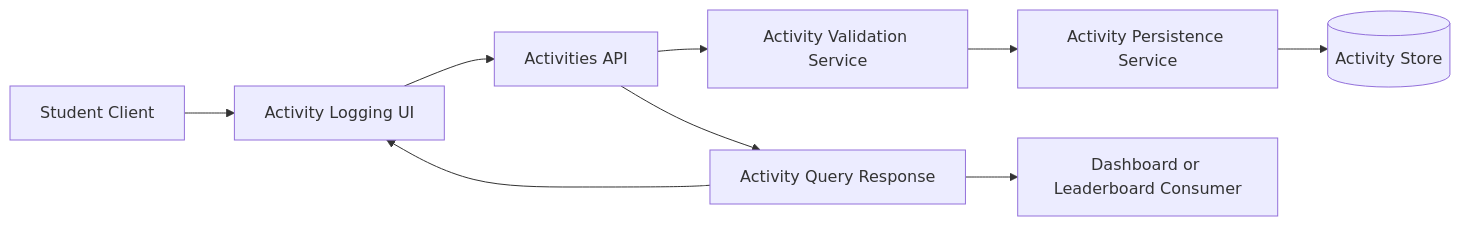
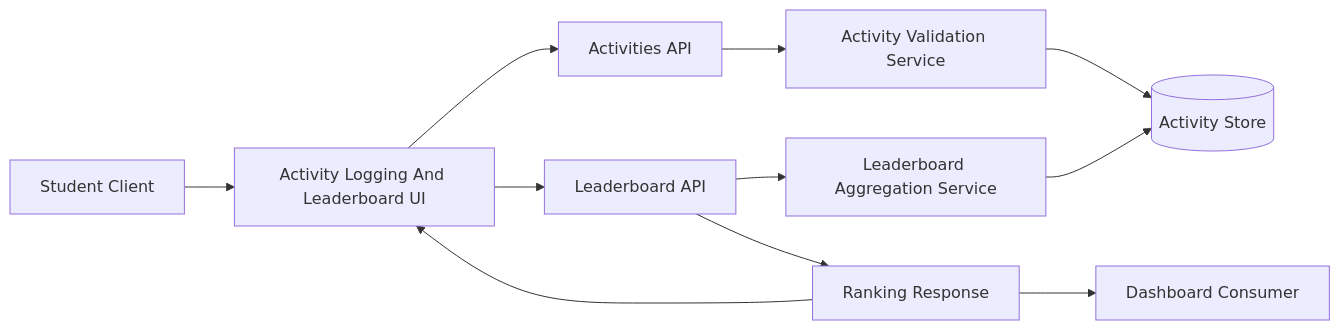
The diagram in artifact/architecture.md (chavanlaxman/OCTOFIT), drawn with Mermaid before and after one commit. The commit also changed other lines of this file and 9 other files, not shown here.

````diff
--- a/artifact/architecture.md
+++ b/artifact/architecture.md
@@ -26,11 +26,13 @@
 ```mermaid
 flowchart LR
-    A[Student Client] --> B[Activity Logging UI]
+    A[Student Client] --> B[Activity Logging And Leaderboard UI]
     B --> C[Activities API]
-    C --> D[Activity Validation Service]
-    D --> E[Activity Persistence Service]
+    B --> D[Leaderboard API]
+    C --> E[Activity Validation Service]
     E --> F[(Activity Store)]
-    C --> G[Activity Query Response]
-    G --> B
-    G --> H[Dashboard or Leaderboard Consumer]
+    D --> G[Leaderboard Aggregation Service]
+    G --> F
+    D --> H[Ranking Response]
+    H --> B
+    H --> I[Dashboard Consumer]
 ```
````
